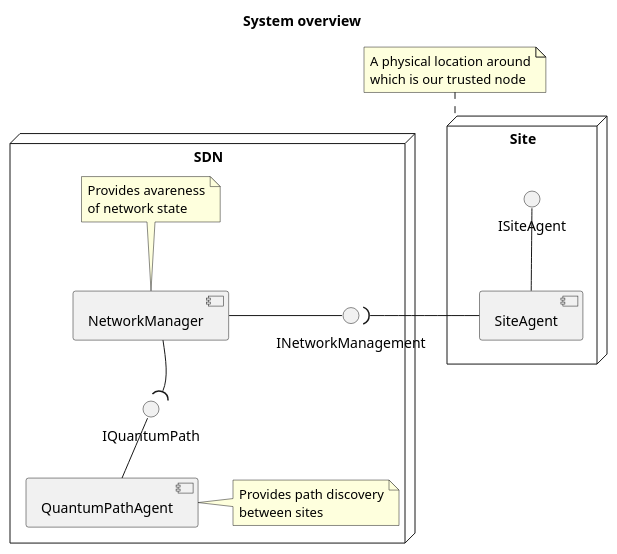
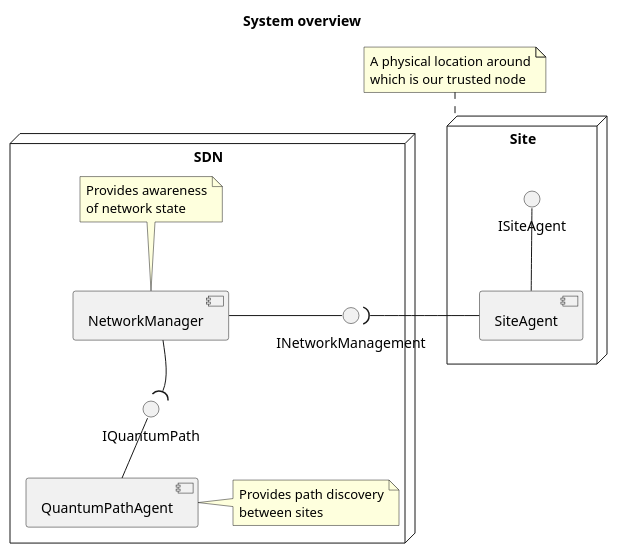
One commit to Open-QKD-Network/cqptoolkit changed the second of 14 diagrams in Tunnels.md. Above: the diagram before and after it, drawn with PlantUML. The commit also changed other lines of this file and 10 other files, not shown here.

```diff
--- a/Tunnels.md
+++ b/Tunnels.md
@@ -35,39 +35,39 @@
     @startuml SystemOverview
         title System overview
 
         node "Site" {
             [SiteAgent]
             () ISiteAgent
             ISiteAgent -down- [SiteAgent]
         }
         note top of Site
             A physical location around
             which is our trusted node
         end note
 
         node SDN {
 
             [NetworkManager]
             () INetworkManagement
             note top of [NetworkManager]
-                Provides avareness
+                Provides awareness
                 of network state
             end note
             INetworkManagement -left- [NetworkManager]
 
             [QuantumPathAgent]
             () IQuantumPath
             note right of [QuantumPathAgent]
                 Provides path discovery
                 between sites
             end note
             IQuantumPath -down- [QuantumPathAgent]
 
             [NetworkManager] -[hidden]down- IQuantumPath
         }
 
         [NetworkManager] -down-( IQuantumPath
         [SiteAgent] -right-( INetworkManagement
 
 
     @enduml
```
